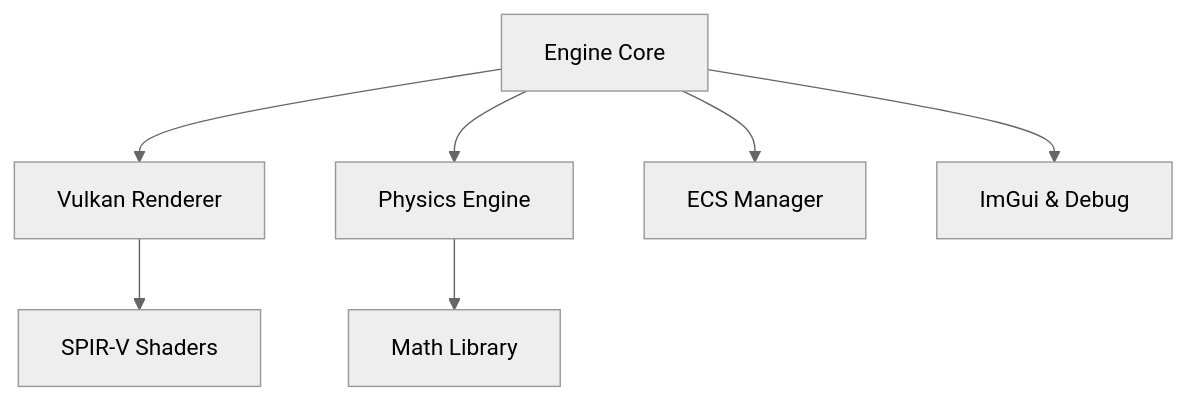
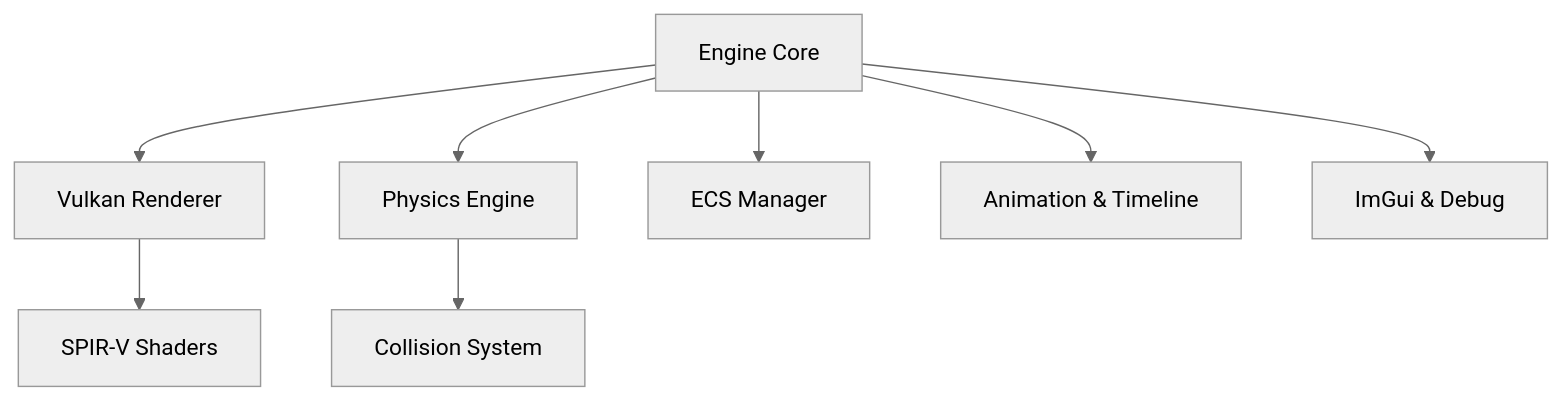
Before and after one commit to rcpztrrk/vulkan_engine: the diagram in docs/MASTER_PLAN.md, drawn with Mermaid (neutral theme). The commit also changed other lines of this file and 13 other files, not shown here.

````diff
--- a/docs/MASTER_PLAN.md
+++ b/docs/MASTER_PLAN.md
@@ -14,9 +14,10 @@
 ```mermaid
 graph TD
     Engine[Engine Core] --> Renderer[Vulkan Renderer]
     Engine --> Physics[Physics Engine]
     Engine --> ECS[ECS Manager]
+    Engine --> Animation[Animation & Timeline]
     Renderer --> Shaders[SPIR-V Shaders]
-    Physics --> Math[Math Library]
+    Physics --> Collision[Collision System]
     Engine --> Tools[ImGui & Debug]
 ```
````
